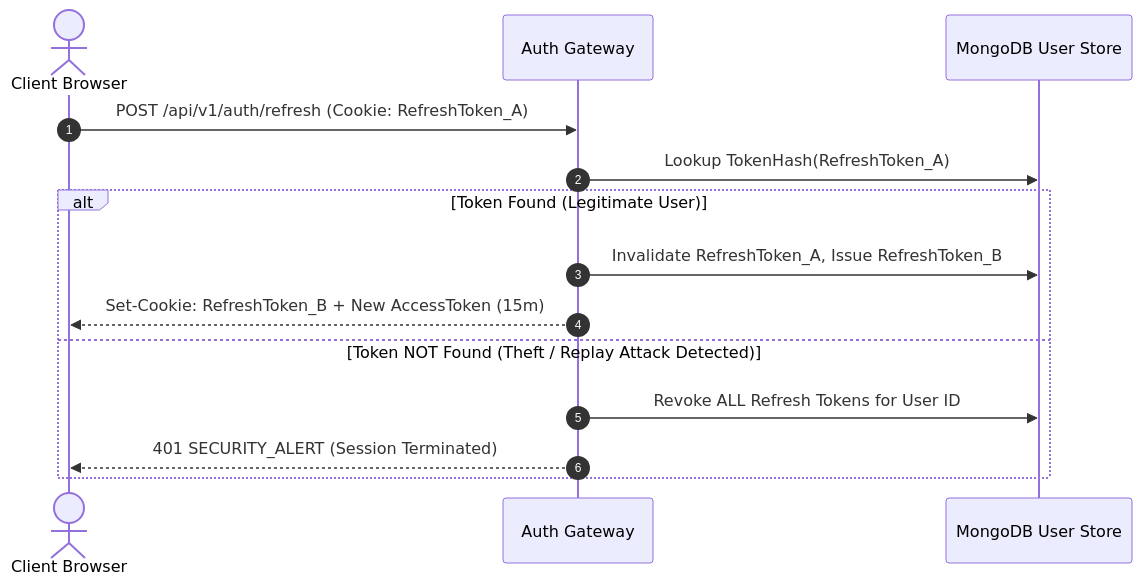
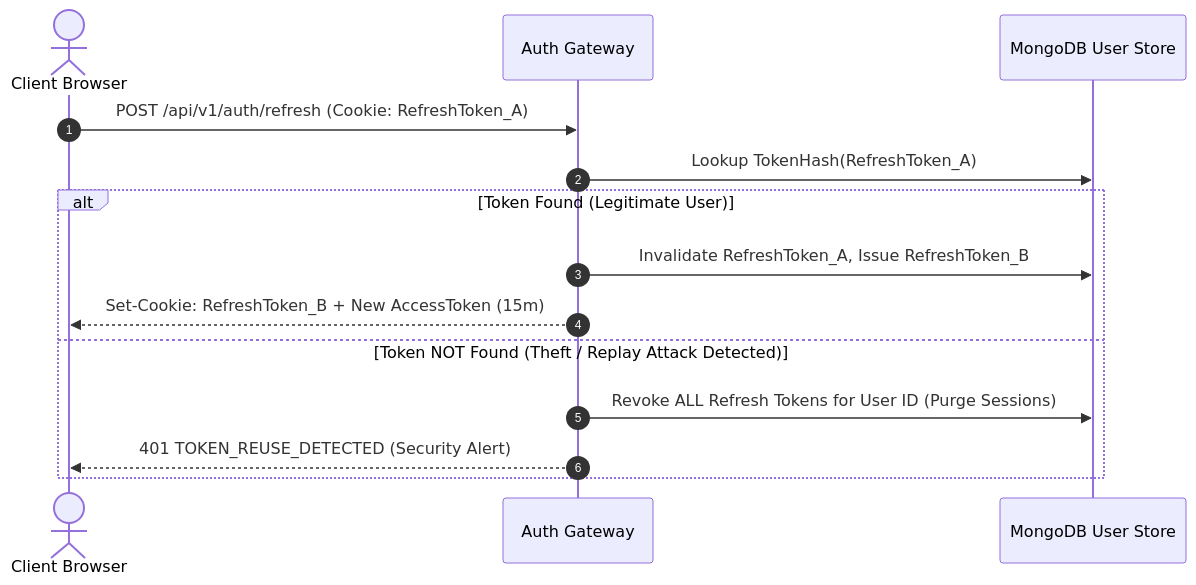
The second of 2 diagrams in README.md (aadarsh2006ak/Real-Time-Collaborative-Workspace-Kanban-Tracker-Jira-Lite-), drawn with Mermaid before and after one commit. The commit also changed other lines of this file, not shown here.

````diff
--- a/README.md
+++ b/README.md
@@ -89,17 +127,17 @@
 ```mermaid
 sequenceDiagram
     autonumber
     actor User as Client Browser
     participant API as Auth Gateway
     participant DB as MongoDB User Store
 
     User->>API: POST /api/v1/auth/refresh (Cookie: RefreshToken_A)
     API->>DB: Lookup TokenHash(RefreshToken_A)
     alt Token Found (Legitimate User)
         API->>DB: Invalidate RefreshToken_A, Issue RefreshToken_B
         API-->>User: Set-Cookie: RefreshToken_B + New AccessToken (15m)
     else Token NOT Found (Theft / Replay Attack Detected)
-        API->>DB: Revoke ALL Refresh Tokens for User ID
-        API-->>User: 401 SECURITY_ALERT (Session Terminated)
+        API->>DB: Revoke ALL Refresh Tokens for User ID (Purge Sessions)
+        API-->>User: 401 TOKEN_REUSE_DETECTED (Security Alert)
     end
 ```
````
